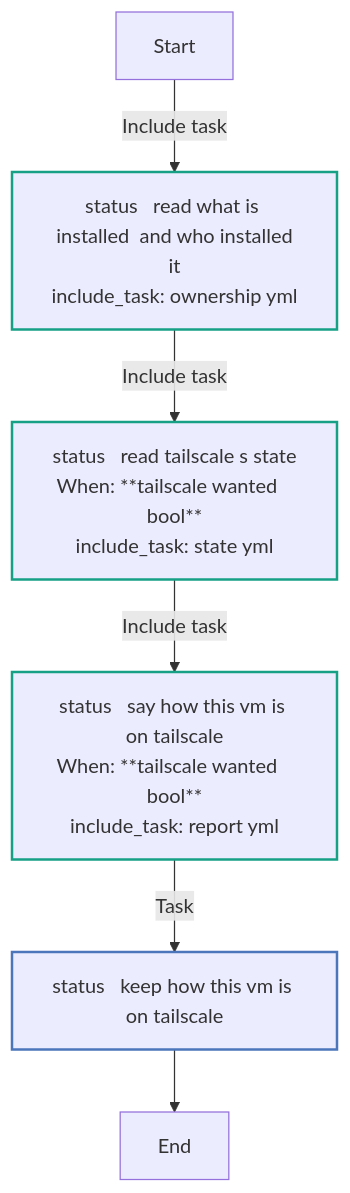
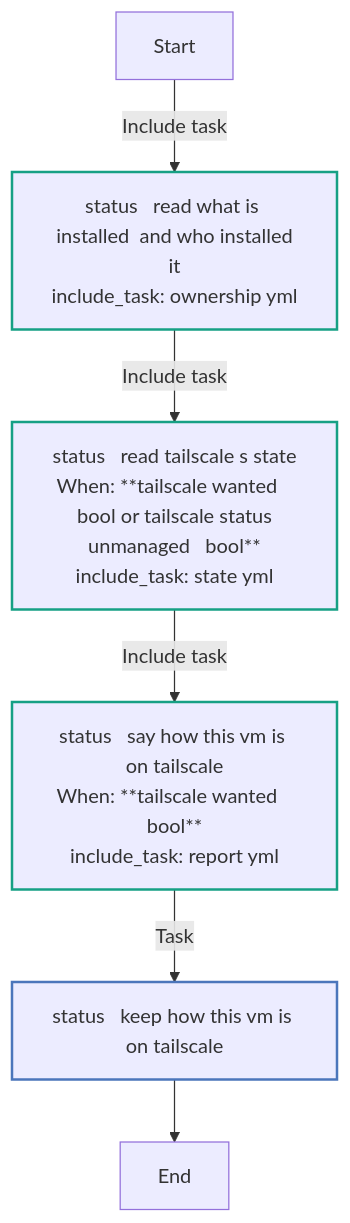
One commit to kawadeomkar/agent-warehouse changed diagram 12 of 14 in docs/reference/roles/tailscale.md. Above: the diagram before and after it, drawn with Mermaid. The commit also changed other lines of this file and 42 other files, not shown here.

````diff
--- a/docs/reference/roles/tailscale.md
+++ b/docs/reference/roles/tailscale.md
@@ -618,18 +568,18 @@
 ```mermaid
 flowchart TD
 Start
 classDef block stroke:#3498db,stroke-width:2px;
 classDef task stroke:#4b76bb,stroke-width:2px;
 classDef includeTasks stroke:#16a085,stroke-width:2px;
 classDef importTasks stroke:#34495e,stroke-width:2px;
 classDef includeRole stroke:#2980b9,stroke-width:2px;
 classDef importRole stroke:#699ba7,stroke-width:2px;
 classDef includeVars stroke:#8e44ad,stroke-width:2px;
 classDef rescue stroke:#665352,stroke-width:2px;
 
   Start-->|Include task| status___Read_what_is_installed__and_who_installed_it_ownership_yml_0[status   read what is installed  and who installed<br>it<br>include_task: ownership yml]:::includeTasks
-  status___Read_what_is_installed__and_who_installed_it_ownership_yml_0-->|Include task| status___Read_Tailscale_s_state_state_yml_1[status   read tailscale s state<br>When: **tailscale wanted   bool**<br>include_task: state yml]:::includeTasks
+  status___Read_what_is_installed__and_who_installed_it_ownership_yml_0-->|Include task| status___Read_Tailscale_s_state_state_yml_1[status   read tailscale s state<br>When: **tailscale wanted   bool or tailscale status<br>unmanaged   bool**<br>include_task: state yml]:::includeTasks
   status___Read_Tailscale_s_state_state_yml_1-->|Include task| status___Say_how_this_VM_is_on_Tailscale_report_yml_2[status   say how this vm is on tailscale<br>When: **tailscale wanted   bool**<br>include_task: report yml]:::includeTasks
   status___Say_how_this_VM_is_on_Tailscale_report_yml_2-->|Task| status___Keep_how_this_VM_is_on_Tailscale3[status   keep how this vm is on tailscale]:::task
   status___Keep_how_this_VM_is_on_Tailscale3-->End
 ```
````
